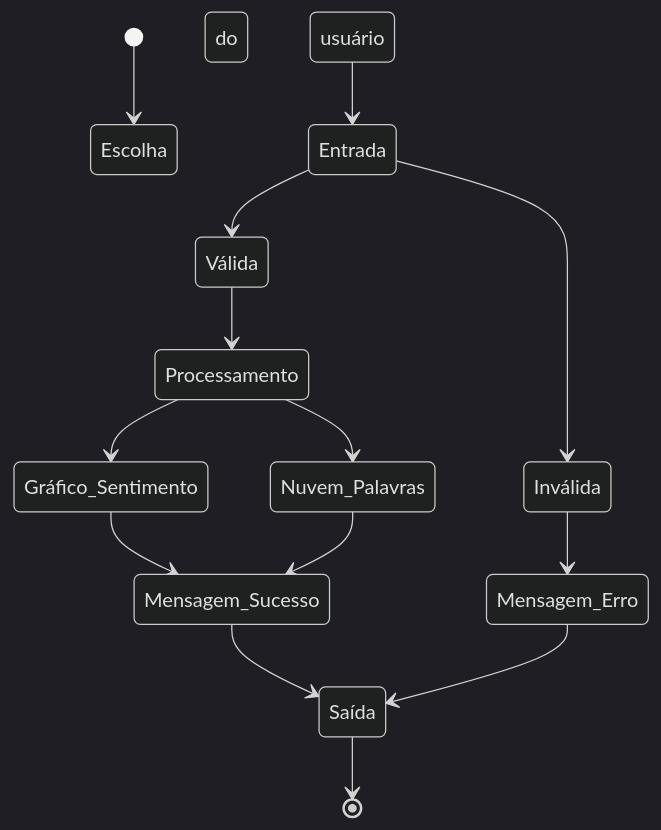
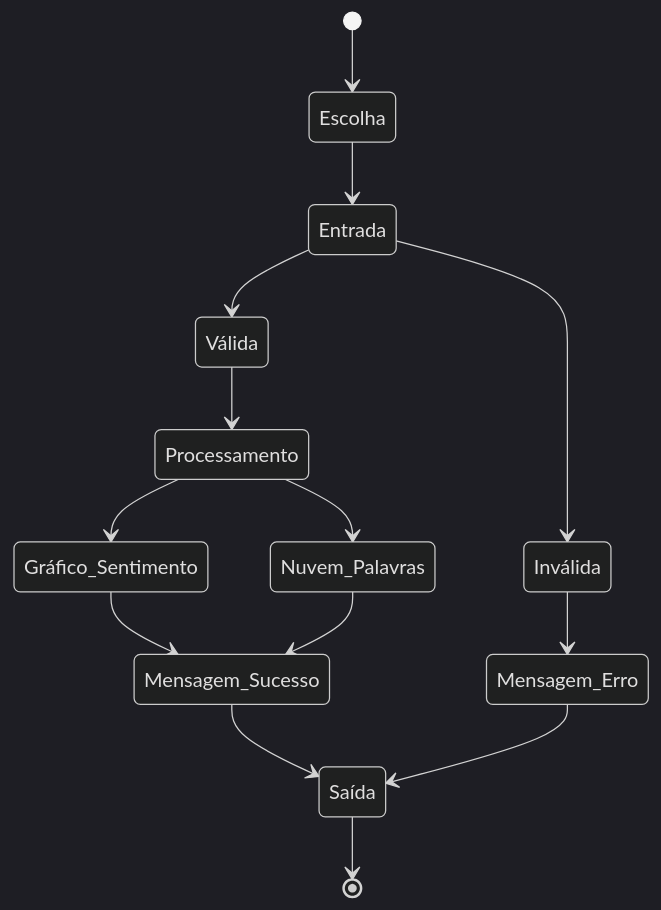
Before and after one commit to atlantico-academy/twitter-sentiment-analysis: the diagram in README.md, drawn with Mermaid (dark theme).

````diff
--- a/README.md
+++ b/README.md
@@ -6,16 +6,16 @@
 ```mermaid
 stateDiagram-v2
-    	[*] --> Escolha do usuário
-	Escolha do usuário --> Entrada
+    	[*] --> Escolha
+	Escolha --> Entrada
 	Entrada --> Válida
     	Válida --> Processamento
 	Processamento --> Gráfico_Sentimento
 	Processamento --> Nuvem_Palavras 
 	Gráfico_Sentimento --> Mensagem_Sucesso
 	Nuvem_Palavras --> Mensagem_Sucesso
 	Mensagem_Sucesso --> Saída
     	Entrada --> Inválida
     	Inválida --> Mensagem_Erro
 	Mensagem_Erro --> Saída
 	Saída --> [*]
 ```
````
